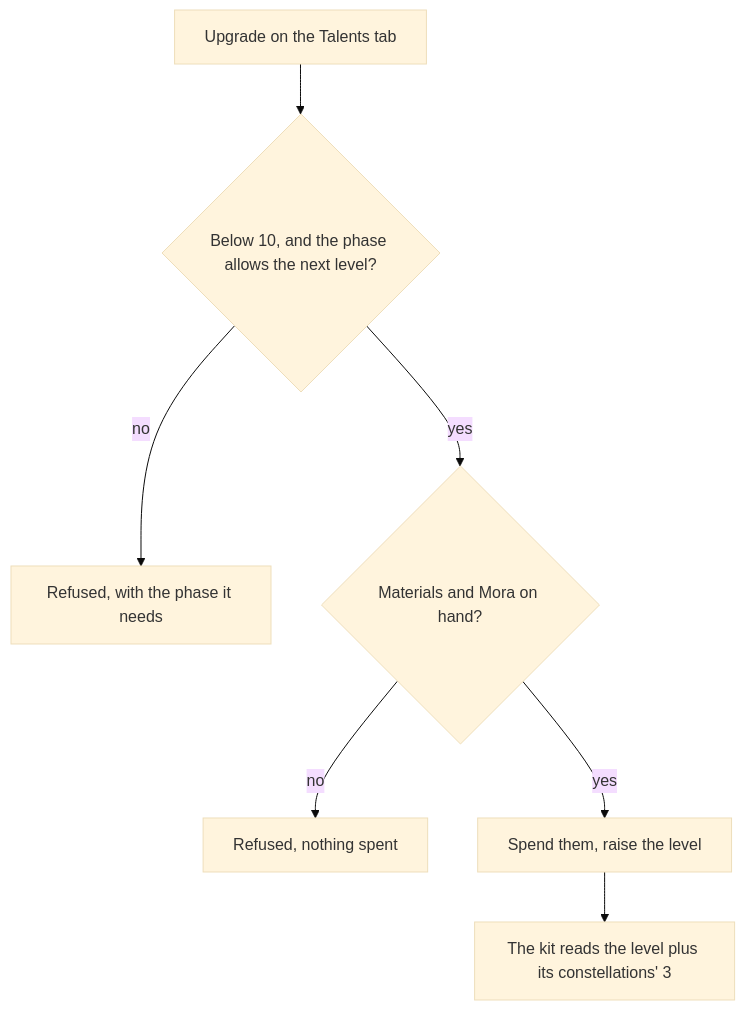
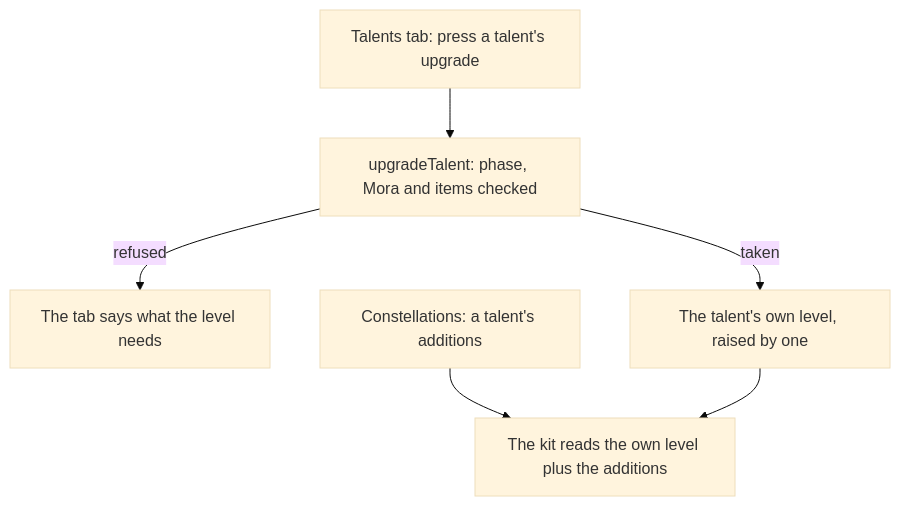
Before and after one commit to Esposter/Esposter: the diagram in apps/web/content/docs/proposals/genshin/talents.md, drawn with Mermaid (base theme). The commit also changed other lines of this file and 6 other files, not shown here.

First line of the commit message:
docs(genshin): talents are as built — the proud skill table's levels, the first skill set that names all three, the upgrade's refusals and the passives each phase opens; the proposal keeps the constellations' levels and the Talents tab

````diff
--- a/apps/web/content/docs/proposals/genshin/talents.md
+++ b/apps/web/content/docs/proposals/genshin/talents.md
@@ -21,9 +19,8 @@
 ```mermaid
 flowchart TD
-  UP["Upgrade on the Talents tab"] --> CAP{"Below 10, and the phase allows the next level?"}
-  CAP -->|"no"| REFUSE["Refused, with the phase it needs"]
-  CAP -->|"yes"| COST{"Materials and Mora on hand?"}
-  COST -->|"no"| REFUSE2["Refused, nothing spent"]
-  COST -->|"yes"| SPEND["Spend them, raise the level"]
-  SPEND --> LEVEL["The kit reads the level plus its constellations' 3"]
+  TAB["Talents tab: press a talent's upgrade"] --> UP["upgradeTalent: phase, Mora and items checked"]
+  UP -->|"refused"| NO["The tab says what the level needs"]
+  UP -->|"taken"| LEVEL["The talent's own level, raised by one"]
+  CON["Constellations: a talent's additions"] --> READ["The kit reads the own level plus the additions"]
+  LEVEL --> READ
 ```
````
